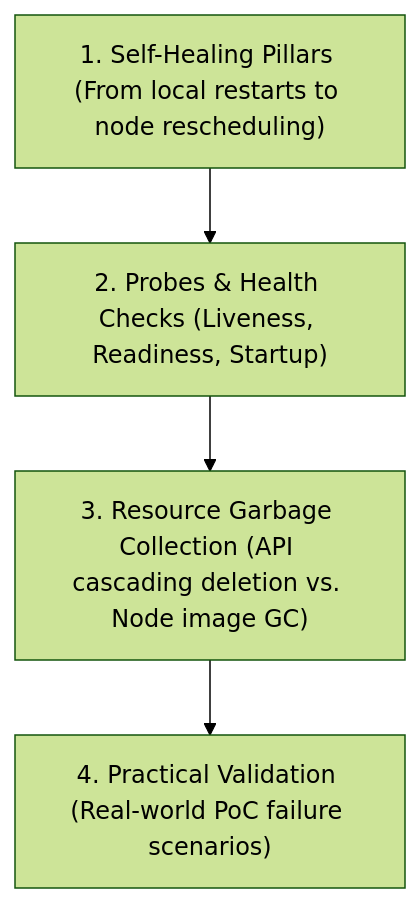
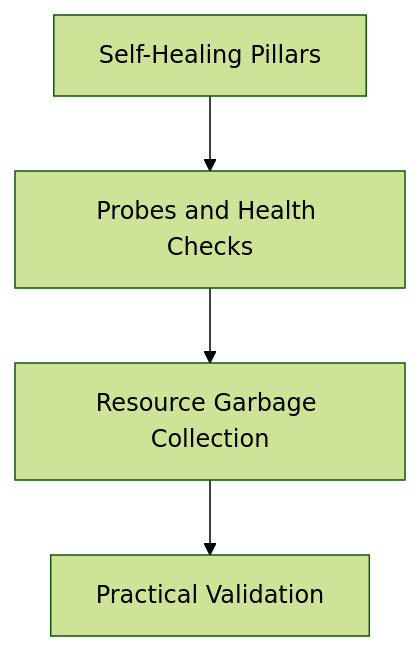
The diagram in Reference Notes/04_workload_lifecycle_and_healing.md (kmashour/BrainDump), drawn with Mermaid (forest theme) before and after one commit. The commit also changed 15 other files, not shown here.

Commit message:
docs: simplify cognitive map mermaid syntax for general compatibility

````diff
--- a/Reference Notes/04_workload_lifecycle_and_healing.md
+++ b/Reference Notes/04_workload_lifecycle_and_healing.md
@@ -11,6 +11,6 @@
 ```mermaid
 graph TD
-    A["1. Self-Healing Pillars (From local restarts to node rescheduling)"] --> B["2. Probes & Health Checks (Liveness, Readiness, Startup)"]
-    B --> C["3. Resource Garbage Collection (API cascading deletion vs. Node image GC)"]
-    C --> D["4. Practical Validation (Real-world PoC failure scenarios)"]
+    A["Self-Healing Pillars"] --> B["Probes and Health Checks"]
+    B --> C["Resource Garbage Collection"]
+    C --> D["Practical Validation"]
 ```
````
